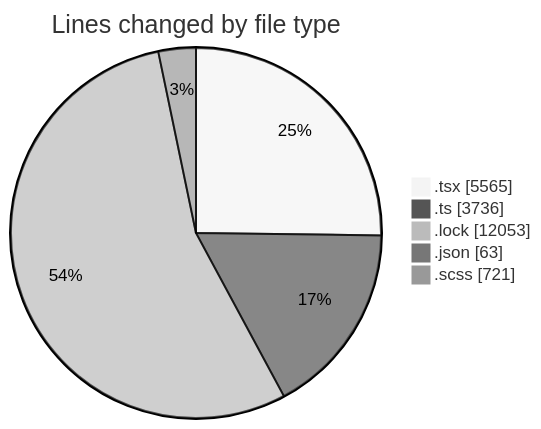
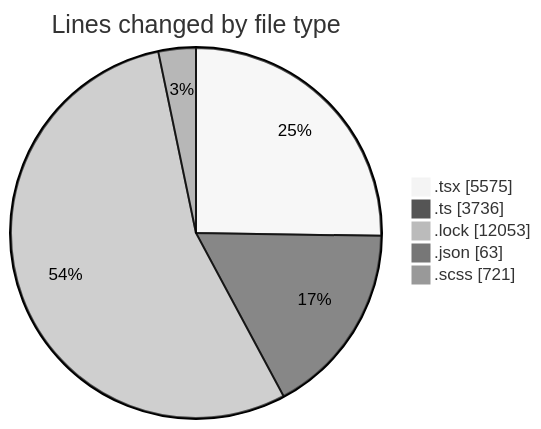
The first of 2 diagrams in 2025-12-03/cda/README.md (momahboobian/code-tracking), drawn with Mermaid (neutral theme) before and after one commit. The commit also changed other lines of this file and 1 other file, not shown here.

````diff
--- a/2025-12-03/cda/README.md
+++ b/2025-12-03/cda/README.md
@@ -32,9 +32,9 @@
 ```mermaid
 pie showData
 title Lines changed by file type
-".tsx" : 5565
+".tsx" : 5575
 ".ts" : 3736
 ".lock" : 12053
 ".json" : 63
 ".scss" : 721
 ```
````
